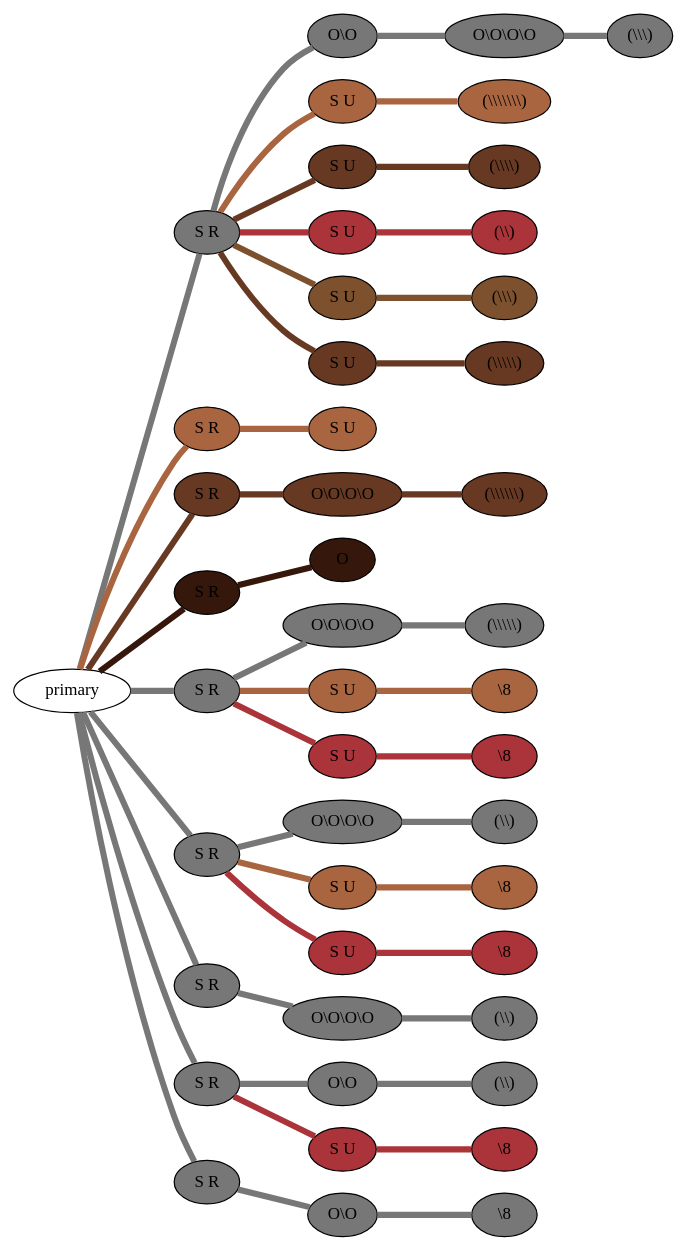
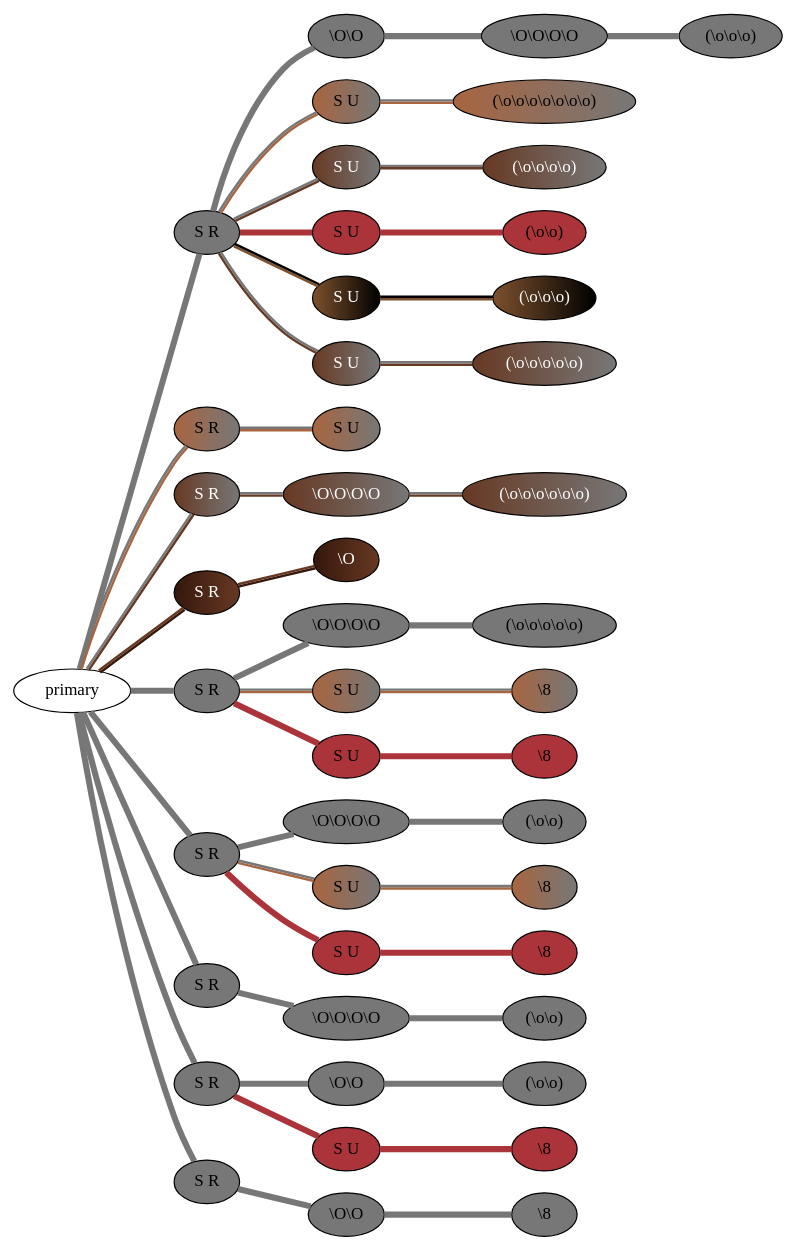
Before and after one commit to nebogeo/coding-with-knots: the diagram in data/more/dot/HP009.xls.dot, drawn with Graphviz. The commit also changed 40 other files, not shown here.

```diff
--- a/data/more/dot/HP009.xls.dot
+++ b/data/more/dot/HP009.xls.dot
@@ -1,95 +1,95 @@
 graph {
  graph [rankdir=LR]
-"1" [qtype="pendant_node", pendant_colors="#777777", pendant_ply="S", pendant_attach="R", pendant_length="28", label="S R", style=filled, fillcolor="#777777"]
+"1" [qtype="pendant_node", pendant_colors="#777777", pendant_ply="S", pendant_attach="R", pendant_length="28.0", label="S R", style=filled, fillcolor="#777777", fontcolor="#000000"]
 "primary" -- "1" [qtype="pendant_link",penwidth=5,color="#777777"]
-"1:0" [qtype="knot_node", knot_value="2", knot_type="S", knot_position="7.0", knot_spin="Z", label="O\\O", style=filled, fillcolor="#777777"]
+"1:0" [qtype="knot_node", knot_value="2", knot_type="S", knot_position="7.0", knot_spin="Z", label="\\O\\O", style=filled, fillcolor="#777777" , fontcolor="#000000"]
 "1" -- "1:0" [qtype="knot_link",penwidth=5,color="#777777"]
-"1:1" [qtype="knot_node", knot_value="4", knot_type="S", knot_position="13.0", knot_spin="Z", label="O\\O\\O\\O", style=filled, fillcolor="#777777"]
+"1:1" [qtype="knot_node", knot_value="4", knot_type="S", knot_position="13.0", knot_spin="Z", label="\\O\\O\\O\\O", style=filled, fillcolor="#777777" , fontcolor="#000000"]
 "1:0" -- "1:1" [qtype="knot_link",penwidth=5,color="#777777"]
-"1:2" [qtype="knot_node", knot_value="3", knot_type="L", knot_position="17.5", knot_spin="Z", label="(\\\\\\)", style=filled, fillcolor="#777777"]
+"1:2" [qtype="knot_node", knot_value="3", knot_type="L", knot_position="17.5", knot_spin="Z", label="(\\o\\o\\o)", style=filled, fillcolor="#777777" , fontcolor="#000000"]
 "1:1" -- "1:2" [qtype="knot_link",penwidth=5,color="#777777"]
-"1s1" [qtype="pendant_node", pendant_colors="#A86540,#777777", pendant_ply="S", pendant_attach="U", pendant_length="28", label="S U", style=filled, fillcolor="#A86540"]
-"1" -- "1s1" [qtype="pendant_link",penwidth=5,color="#A86540"]
-"1s1:0" [qtype="knot_node", knot_value="7", knot_type="L", knot_position="16.0", knot_spin="Z", label="(\\\\\\\\\\\\\\)", style=filled, fillcolor="#A86540"]
-"1s1" -- "1s1:0" [qtype="knot_link",penwidth=5,color="#A86540"]
-"1s2" [qtype="pendant_node", pendant_colors="#673923,#777777", pendant_ply="S", pendant_attach="U", pendant_length="25", label="S U", style=filled, fillcolor="#673923"]
-"1" -- "1s2" [qtype="pendant_link",penwidth=5,color="#673923"]
-"1s2:0" [qtype="knot_node", knot_value="4", knot_type="L", knot_position="15.5", knot_spin="Z", label="(\\\\\\\\)", style=filled, fillcolor="#673923"]
-"1s2" -- "1s2:0" [qtype="knot_link",penwidth=5,color="#673923"]
-"1s3" [qtype="pendant_node", pendant_colors="#AB343A", pendant_ply="S", pendant_attach="U", pendant_length="24", label="S U", style=filled, fillcolor="#AB343A"]
+"1s1" [qtype="pendant_node", pendant_colors="#A86540:#777777", pendant_ply="S", pendant_attach="U", pendant_length="28.0", label="S U", style=filled, fillcolor="#A86540:#777777", fontcolor="#000000"]
+"1" -- "1s1" [qtype="pendant_link",penwidth=2,color="#A86540:#777777"]
+"1s1:0" [qtype="knot_node", knot_value="7", knot_type="L", knot_position="16.0", knot_spin="Z", label="(\\o\\o\\o\\o\\o\\o\\o)", style=filled, fillcolor="#A86540:#777777" , fontcolor="#000000"]
+"1s1" -- "1s1:0" [qtype="knot_link",penwidth=2,color="#A86540:#777777"]
+"1s2" [qtype="pendant_node", pendant_colors="#673923:#777777", pendant_ply="S", pendant_attach="U", pendant_length="25.0", label="S U", style=filled, fillcolor="#673923:#777777", fontcolor="#ffffff"]
+"1" -- "1s2" [qtype="pendant_link",penwidth=2,color="#673923:#777777"]
+"1s2:0" [qtype="knot_node", knot_value="4", knot_type="L", knot_position="15.5", knot_spin="Z", label="(\\o\\o\\o\\o)", style=filled, fillcolor="#673923:#777777" , fontcolor="#ffffff"]
+"1s2" -- "1s2:0" [qtype="knot_link",penwidth=2,color="#673923:#777777"]
+"1s3" [qtype="pendant_node", pendant_colors="#AB343A", pendant_ply="S", pendant_attach="U", pendant_length="24.0", label="S U", style=filled, fillcolor="#AB343A", fontcolor="#000000"]
 "1" -- "1s3" [qtype="pendant_link",penwidth=5,color="#AB343A"]
-"1s3:0" [qtype="knot_node", knot_value="2", knot_type="L", knot_position="14.5", knot_spin="Z", label="(\\\\)", style=filled, fillcolor="#AB343A"]
+"1s3:0" [qtype="knot_node", knot_value="2", knot_type="L", knot_position="14.5", knot_spin="Z", label="(\\o\\o)", style=filled, fillcolor="#AB343A" , fontcolor="#000000"]
 "1s3" -- "1s3:0" [qtype="knot_link",penwidth=5,color="#AB343A"]
-"1s4" [qtype="pendant_node", pendant_colors="#7D512D,#000000", pendant_ply="S", pendant_attach="U", pendant_length="30", label="S U", style=filled, fillcolor="#7D512D"]
-"1" -- "1s4" [qtype="pendant_link",penwidth=5,color="#7D512D"]
-"1s4:0" [qtype="knot_node", knot_value="3", knot_type="L", knot_position="15.0", knot_spin="Z", label="(\\\\\\)", style=filled, fillcolor="#7D512D"]
-"1s4" -- "1s4:0" [qtype="knot_link",penwidth=5,color="#7D512D"]
-"1s5" [qtype="pendant_node", pendant_colors="#673923,#777777", pendant_ply="S", pendant_attach="U", pendant_length="25", label="S U", style=filled, fillcolor="#673923"]
-"1" -- "1s5" [qtype="pendant_link",penwidth=5,color="#673923"]
-"1s5:0" [qtype="knot_node", knot_value="5", knot_type="L", knot_position="15.0", knot_spin="Z", label="(\\\\\\\\\\)", style=filled, fillcolor="#673923"]
-"1s5" -- "1s5:0" [qtype="knot_link",penwidth=5,color="#673923"]
-"2" [qtype="pendant_node", pendant_colors="#A86540,#777777", pendant_ply="S", pendant_attach="R", pendant_length="6", label="S R", style=filled, fillcolor="#A86540"]
-"primary" -- "2" [qtype="pendant_link",penwidth=5,color="#A86540"]
-"2s1" [qtype="pendant_node", pendant_colors="#A86540,#777777", pendant_ply="S", pendant_attach="U", pendant_length="37", label="S U", style=filled, fillcolor="#A86540"]
-"2" -- "2s1" [qtype="pendant_link",penwidth=5,color="#A86540"]
-"3" [qtype="pendant_node", pendant_colors="#673923,#777777", pendant_ply="S", pendant_attach="R", pendant_length="36", label="S R", style=filled, fillcolor="#673923"]
-"primary" -- "3" [qtype="pendant_link",penwidth=5,color="#673923"]
-"3:0" [qtype="knot_node", knot_value="4", knot_type="S", knot_position="11.0", knot_spin="Z", label="O\\O\\O\\O", style=filled, fillcolor="#673923"]
-"3" -- "3:0" [qtype="knot_link",penwidth=5,color="#673923"]
-"3:1" [qtype="knot_node", knot_value="6", knot_type="L", knot_position="16.0", knot_spin="Z", label="(\\\\\\\\\\\\)", style=filled, fillcolor="#673923"]
-"3:0" -- "3:1" [qtype="knot_link",penwidth=5,color="#673923"]
-"4" [qtype="pendant_node", pendant_colors="#35170C,#673923", pendant_ply="S", pendant_attach="R", pendant_length="13", label="S R", style=filled, fillcolor="#35170C"]
-"primary" -- "4" [qtype="pendant_link",penwidth=5,color="#35170C"]
-"4:0" [qtype="knot_node", knot_value="1", knot_type="S", knot_position="10.0", knot_spin="Z", label="O", style=filled, fillcolor="#35170C"]
-"4" -- "4:0" [qtype="knot_link",penwidth=5,color="#35170C"]
-"5" [qtype="pendant_node", pendant_colors="#777777", pendant_ply="S", pendant_attach="R", pendant_length="31", label="S R", style=filled, fillcolor="#777777"]
+"1s4" [qtype="pendant_node", pendant_colors="#7D512D:#000000", pendant_ply="S", pendant_attach="U", pendant_length="30.0", label="S U", style=filled, fillcolor="#7D512D:#000000", fontcolor="#ffffff"]
+"1" -- "1s4" [qtype="pendant_link",penwidth=2,color="#7D512D:#000000"]
+"1s4:0" [qtype="knot_node", knot_value="3", knot_type="L", knot_position="15.0", knot_spin="Z", label="(\\o\\o\\o)", style=filled, fillcolor="#7D512D:#000000" , fontcolor="#ffffff"]
+"1s4" -- "1s4:0" [qtype="knot_link",penwidth=2,color="#7D512D:#000000"]
+"1s5" [qtype="pendant_node", pendant_colors="#673923:#777777", pendant_ply="S", pendant_attach="U", pendant_length="25.0", label="S U", style=filled, fillcolor="#673923:#777777", fontcolor="#ffffff"]
+"1" -- "1s5" [qtype="pendant_link",penwidth=2,color="#673923:#777777"]
+"1s5:0" [qtype="knot_node", knot_value="5", knot_type="L", knot_position="15.0", knot_spin="Z", label="(\\o\\o\\o\\o\\o)", style=filled, fillcolor="#673923:#777777" , fontcolor="#ffffff"]
+"1s5" -- "1s5:0" [qtype="knot_link",penwidth=2,color="#673923:#777777"]
+"2" [qtype="pendant_node", pendant_colors="#A86540:#777777", pendant_ply="S", pendant_attach="R", pendant_length="6.0", label="S R", style=filled, fillcolor="#A86540:#777777", fontcolor="#000000"]
+"primary" -- "2" [qtype="pendant_link",penwidth=2,color="#A86540:#777777"]
+"2s1" [qtype="pendant_node", pendant_colors="#A86540:#777777", pendant_ply="S", pendant_attach="U", pendant_length="37.0", label="S U", style=filled, fillcolor="#A86540:#777777", fontcolor="#000000"]
+"2" -- "2s1" [qtype="pendant_link",penwidth=2,color="#A86540:#777777"]
+"3" [qtype="pendant_node", pendant_colors="#673923:#777777", pendant_ply="S", pendant_attach="R", pendant_length="36.0", label="S R", style=filled, fillcolor="#673923:#777777", fontcolor="#ffffff"]
+"primary" -- "3" [qtype="pendant_link",penwidth=2,color="#673923:#777777"]
+"3:0" [qtype="knot_node", knot_value="4", knot_type="S", knot_position="11.0", knot_spin="Z", label="\\O\\O\\O\\O", style=filled, fillcolor="#673923:#777777" , fontcolor="#ffffff"]
+"3" -- "3:0" [qtype="knot_link",penwidth=2,color="#673923:#777777"]
+"3:1" [qtype="knot_node", knot_value="6", knot_type="L", knot_position="16.0", knot_spin="Z", label="(\\o\\o\\o\\o\\o\\o)", style=filled, fillcolor="#673923:#777777" , fontcolor="#ffffff"]
+"3:0" -- "3:1" [qtype="knot_link",penwidth=2,color="#673923:#777777"]
+"4" [qtype="pendant_node", pendant_colors="#35170C:#673923", pendant_ply="S", pendant_attach="R", pendant_length="13.0", label="S R", style=filled, fillcolor="#35170C:#673923", fontcolor="#ffffff"]
+"primary" -- "4" [qtype="pendant_link",penwidth=2,color="#35170C:#673923"]
+"4:0" [qtype="knot_node", knot_value="1", knot_type="S", knot_position="10.0", knot_spin="Z", label="\\O", style=filled, fillcolor="#35170C:#673923" , fontcolor="#ffffff"]
+"4" -- "4:0" [qtype="knot_link",penwidth=2,color="#35170C:#673923"]
+"5" [qtype="pendant_node", pendant_colors="#777777", pendant_ply="S", pendant_attach="R", pendant_length="31.0", label="S R", style=filled, fillcolor="#777777", fontcolor="#000000"]
 "primary" -- "5" [qtype="pendant_link",penwidth=5,color="#777777"]
-"5:0" [qtype="knot_node", knot_value="4", knot_type="S", knot_position="10.5", knot_spin="Z", label="O\\O\\O\\O", style=filled, fillcolor="#777777"]
+"5:0" [qtype="knot_node", knot_value="4", knot_type="S", knot_position="10.5", knot_spin="Z", label="\\O\\O\\O\\O", style=filled, fillcolor="#777777" , fontcolor="#000000"]
 "5" -- "5:0" [qtype="knot_link",penwidth=5,color="#777777"]
-"5:1" [qtype="knot_node", knot_value="5", knot_type="L", knot_position="16.0", knot_spin="Z", label="(\\\\\\\\\\)", style=filled, fillcolor="#777777"]
+"5:1" [qtype="knot_node", knot_value="5", knot_type="L", knot_position="16.0", knot_spin="Z", label="(\\o\\o\\o\\o\\o)", style=filled, fillcolor="#777777" , fontcolor="#000000"]
 "5:0" -- "5:1" [qtype="knot_link",penwidth=5,color="#777777"]
-"5s1" [qtype="pendant_node", pendant_colors="#A86540,#777777", pendant_ply="S", pendant_attach="U", pendant_length="31", label="S U", style=filled, fillcolor="#A86540"]
-"5" -- "5s1" [qtype="pendant_link",penwidth=5,color="#A86540"]
-"5s1:0" [qtype="knot_node", knot_value="1", knot_type="E", knot_position="14.0", knot_spin="Z", label="\\8", style=filled, fillcolor="#A86540"]
-"5s1" -- "5s1:0" [qtype="knot_link",penwidth=5,color="#A86540"]
-"5s2" [qtype="pendant_node", pendant_colors="#AB343A", pendant_ply="S", pendant_attach="U", pendant_length="28", label="S U", style=filled, fillcolor="#AB343A"]
+"5s1" [qtype="pendant_node", pendant_colors="#A86540:#777777", pendant_ply="S", pendant_attach="U", pendant_length="31.0", label="S U", style=filled, fillcolor="#A86540:#777777", fontcolor="#000000"]
+"5" -- "5s1" [qtype="pendant_link",penwidth=2,color="#A86540:#777777"]
+"5s1:0" [qtype="knot_node", knot_value="1", knot_type="E", knot_position="14.0", knot_spin="Z", label="\\8", style=filled, fillcolor="#A86540:#777777" , fontcolor="#000000"]
+"5s1" -- "5s1:0" [qtype="knot_link",penwidth=2,color="#A86540:#777777"]
+"5s2" [qtype="pendant_node", pendant_colors="#AB343A", pendant_ply="S", pendant_attach="U", pendant_length="28.0", label="S U", style=filled, fillcolor="#AB343A", fontcolor="#000000"]
 "5" -- "5s2" [qtype="pendant_link",penwidth=5,color="#AB343A"]
-"5s2:0" [qtype="knot_node", knot_value="1", knot_type="E", knot_position="14.0", knot_spin="Z", label="\\8", style=filled, fillcolor="#AB343A"]
+"5s2:0" [qtype="knot_node", knot_value="1", knot_type="E", knot_position="14.0", knot_spin="Z", label="\\8", style=filled, fillcolor="#AB343A" , fontcolor="#000000"]
 "5s2" -- "5s2:0" [qtype="knot_link",penwidth=5,color="#AB343A"]
-"6" [qtype="pendant_node", pendant_colors="#777777", pendant_ply="S", pendant_attach="R", pendant_length="33", label="S R", style=filled, fillcolor="#777777"]
+"6" [qtype="pendant_node", pendant_colors="#777777", pendant_ply="S", pendant_attach="R", pendant_length="33.0", label="S R", style=filled, fillcolor="#777777", fontcolor="#000000"]
 "primary" -- "6" [qtype="pendant_link",penwidth=5,color="#777777"]
-"6:0" [qtype="knot_node", knot_value="4", knot_type="S", knot_position="11.0", knot_spin="Z", label="O\\O\\O\\O", style=filled, fillcolor="#777777"]
+"6:0" [qtype="knot_node", knot_value="4", knot_type="S", knot_position="11.0", knot_spin="Z", label="\\O\\O\\O\\O", style=filled, fillcolor="#777777" , fontcolor="#000000"]
 "6" -- "6:0" [qtype="knot_link",penwidth=5,color="#777777"]
-"6:1" [qtype="knot_node", knot_value="2", knot_type="L", knot_position="16.0", knot_spin="Z", label="(\\\\)", style=filled, fillcolor="#777777"]
+"6:1" [qtype="knot_node", knot_value="2", knot_type="L", knot_position="16.0", knot_spin="Z", label="(\\o\\o)", style=filled, fillcolor="#777777" , fontcolor="#000000"]
 "6:0" -- "6:1" [qtype="knot_link",penwidth=5,color="#777777"]
-"6s1" [qtype="pendant_node", pendant_colors="#A86540,#777777", pendant_ply="S", pendant_attach="U", pendant_length="26", label="S U", style=filled, fillcolor="#A86540"]
-"6" -- "6s1" [qtype="pendant_link",penwidth=5,color="#A86540"]
-"6s1:0" [qtype="knot_node", knot_value="1", knot_type="E", knot_position="14.0", knot_spin="Z", label="\\8", style=filled, fillcolor="#A86540"]
-"6s1" -- "6s1:0" [qtype="knot_link",penwidth=5,color="#A86540"]
-"6s2" [qtype="pendant_node", pendant_colors="#AB343A", pendant_ply="S", pendant_attach="U", pendant_length="27", label="S U", style=filled, fillcolor="#AB343A"]
+"6s1" [qtype="pendant_node", pendant_colors="#A86540:#777777", pendant_ply="S", pendant_attach="U", pendant_length="26.0", label="S U", style=filled, fillcolor="#A86540:#777777", fontcolor="#000000"]
+"6" -- "6s1" [qtype="pendant_link",penwidth=2,color="#A86540:#777777"]
+"6s1:0" [qtype="knot_node", knot_value="1", knot_type="E", knot_position="14.0", knot_spin="Z", label="\\8", style=filled, fillcolor="#A86540:#777777" , fontcolor="#000000"]
+"6s1" -- "6s1:0" [qtype="knot_link",penwidth=2,color="#A86540:#777777"]
+"6s2" [qtype="pendant_node", pendant_colors="#AB343A", pendant_ply="S", pendant_attach="U", pendant_length="27.0", label="S U", style=filled, fillcolor="#AB343A", fontcolor="#000000"]
 "6" -- "6s2" [qtype="pendant_link",penwidth=5,color="#AB343A"]
-"6s2:0" [qtype="knot_node", knot_value="1", knot_type="E", knot_position="14.0", knot_spin="Z", label="\\8", style=filled, fillcolor="#AB343A"]
+"6s2:0" [qtype="knot_node", knot_value="1", knot_type="E", knot_position="14.0", knot_spin="Z", label="\\8", style=filled, fillcolor="#AB343A" , fontcolor="#000000"]
 "6s2" -- "6s2:0" [qtype="knot_link",penwidth=5,color="#AB343A"]
-"7" [qtype="pendant_node", pendant_colors="#777777", pendant_ply="S", pendant_attach="R", pendant_length="29", label="S R", style=filled, fillcolor="#777777"]
+"7" [qtype="pendant_node", pendant_colors="#777777", pendant_ply="S", pendant_attach="R", pendant_length="29.0", label="S R", style=filled, fillcolor="#777777", fontcolor="#000000"]
 "primary" -- "7" [qtype="pendant_link",penwidth=5,color="#777777"]
-"7:0" [qtype="knot_node", knot_value="4", knot_type="S", knot_position="10.0", knot_spin="Z", label="O\\O\\O\\O", style=filled, fillcolor="#777777"]
+"7:0" [qtype="knot_node", knot_value="4", knot_type="S", knot_position="10.0", knot_spin="Z", label="\\O\\O\\O\\O", style=filled, fillcolor="#777777" , fontcolor="#000000"]
 "7" -- "7:0" [qtype="knot_link",penwidth=5,color="#777777"]
-"7:1" [qtype="knot_node", knot_value="2", knot_type="L", knot_position="15.0", knot_spin="Z", label="(\\\\)", style=filled, fillcolor="#777777"]
+"7:1" [qtype="knot_node", knot_value="2", knot_type="L", knot_position="15.0", knot_spin="Z", label="(\\o\\o)", style=filled, fillcolor="#777777" , fontcolor="#000000"]
 "7:0" -- "7:1" [qtype="knot_link",penwidth=5,color="#777777"]
-"8" [qtype="pendant_node", pendant_colors="#777777", pendant_ply="S", pendant_attach="R", pendant_length="38", label="S R", style=filled, fillcolor="#777777"]
+"8" [qtype="pendant_node", pendant_colors="#777777", pendant_ply="S", pendant_attach="R", pendant_length="38.0", label="S R", style=filled, fillcolor="#777777", fontcolor="#000000"]
 "primary" -- "8" [qtype="pendant_link",penwidth=5,color="#777777"]
-"8:0" [qtype="knot_node", knot_value="2", knot_type="S", knot_position="10.0", knot_spin="Z", label="O\\O", style=filled, fillcolor="#777777"]
+"8:0" [qtype="knot_node", knot_value="2", knot_type="S", knot_position="10.0", knot_spin="Z", label="\\O\\O", style=filled, fillcolor="#777777" , fontcolor="#000000"]
 "8" -- "8:0" [qtype="knot_link",penwidth=5,color="#777777"]
-"8:1" [qtype="knot_node", knot_value="2", knot_type="L", knot_position="15.0", knot_spin="Z", label="(\\\\)", style=filled, fillcolor="#777777"]
+"8:1" [qtype="knot_node", knot_value="2", knot_type="L", knot_position="15.0", knot_spin="Z", label="(\\o\\o)", style=filled, fillcolor="#777777" , fontcolor="#000000"]
 "8:0" -- "8:1" [qtype="knot_link",penwidth=5,color="#777777"]
-"8s1" [qtype="pendant_node", pendant_colors="#AB343A", pendant_ply="S", pendant_attach="U", pendant_length="31", label="S U", style=filled, fillcolor="#AB343A"]
+"8s1" [qtype="pendant_node", pendant_colors="#AB343A", pendant_ply="S", pendant_attach="U", pendant_length="31.0", label="S U", style=filled, fillcolor="#AB343A", fontcolor="#000000"]
 "8" -- "8s1" [qtype="pendant_link",penwidth=5,color="#AB343A"]
-"8s1:0" [qtype="knot_node", knot_value="1", knot_type="E", knot_position="14.0", knot_spin="Z", label="\\8", style=filled, fillcolor="#AB343A"]
+"8s1:0" [qtype="knot_node", knot_value="1", knot_type="E", knot_position="14.0", knot_spin="Z", label="\\8", style=filled, fillcolor="#AB343A" , fontcolor="#000000"]
 "8s1" -- "8s1:0" [qtype="knot_link",penwidth=5,color="#AB343A"]
-"9" [qtype="pendant_node", pendant_colors="#777777", pendant_ply="S", pendant_attach="R", pendant_length="32", label="S R", style=filled, fillcolor="#777777"]
+"9" [qtype="pendant_node", pendant_colors="#777777", pendant_ply="S", pendant_attach="R", pendant_length="32.0", label="S R", style=filled, fillcolor="#777777", fontcolor="#000000"]
 "primary" -- "9" [qtype="pendant_link",penwidth=5,color="#777777"]
-"9:0" [qtype="knot_node", knot_value="2", knot_type="S", knot_position="10.0", knot_spin="Z", label="O\\O", style=filled, fillcolor="#777777"]
+"9:0" [qtype="knot_node", knot_value="2", knot_type="S", knot_position="10.0", knot_spin="Z", label="\\O\\O", style=filled, fillcolor="#777777" , fontcolor="#000000"]
 "9" -- "9:0" [qtype="knot_link",penwidth=5,color="#777777"]
-"9:1" [qtype="knot_node", knot_value="1", knot_type="E", knot_position="16.0", knot_spin="Z", label="\\8", style=filled, fillcolor="#777777"]
+"9:1" [qtype="knot_node", knot_value="1", knot_type="E", knot_position="16.0", knot_spin="Z", label="\\8", style=filled, fillcolor="#777777" , fontcolor="#000000"]
 "9:0" -- "9:1" [qtype="knot_link",penwidth=5,color="#777777"]
 }
```
